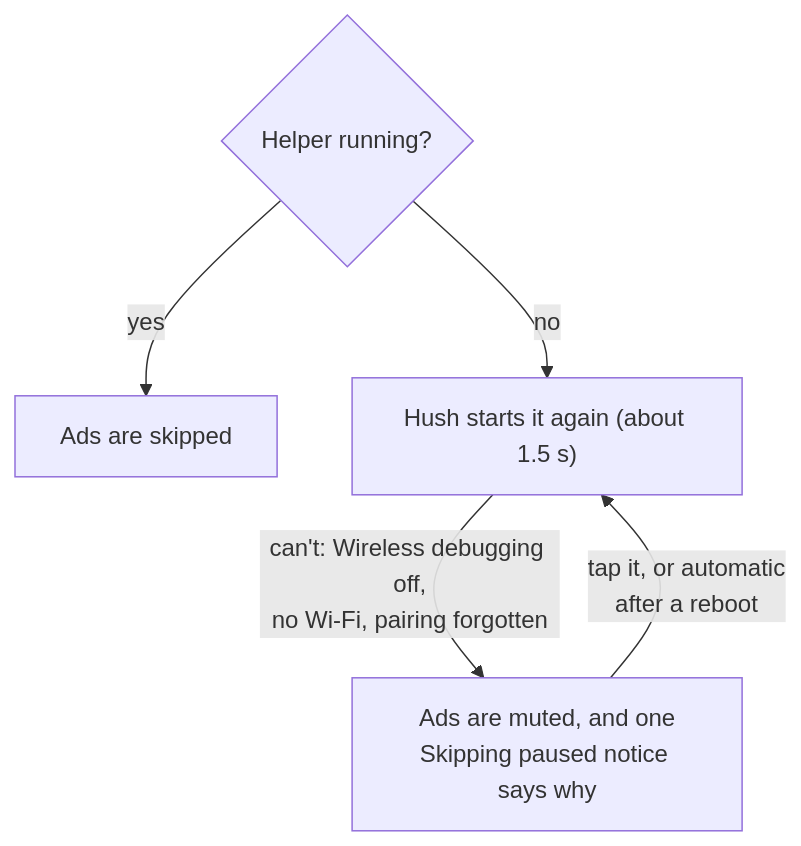
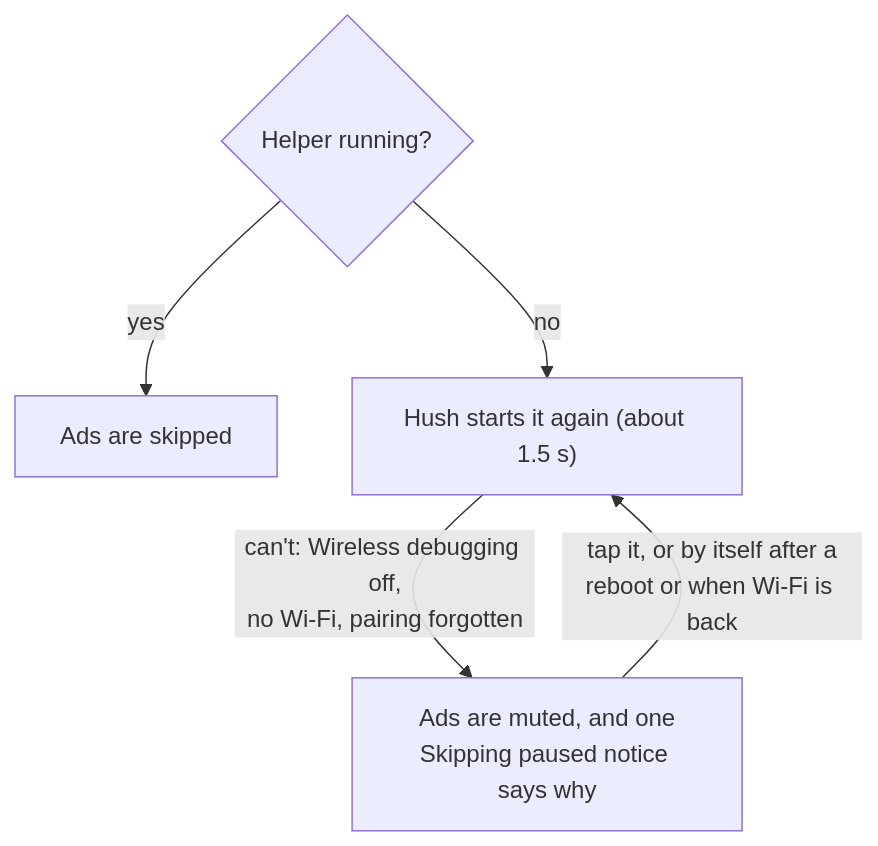
Before and after one commit to coldMEW/Hush: the third of 3 diagrams in README.md, drawn with Mermaid. The commit also changed other lines of this file and 8 other files, not shown here.

Commit message:
Pairing and recovery fixes found in testing: Pair stays usable, retry when Wi-Fi is back, no false re-pair, Settings in its own window; docs (2.0.1)

````diff
--- a/README.md
+++ b/README.md
@@ -81,7 +81,7 @@
 ```mermaid
 flowchart TD
     X{"Helper running?"} -->|yes| S["Ads are skipped"]
     X -->|no| R["Hush starts it again (about 1.5 s)"]
     R -->|"can't: Wireless debugging off,<br/>no Wi-Fi, pairing forgotten"| M["Ads are muted, and one<br/>Skipping paused notice says why"]
-    M -->|"tap it, or automatic<br/>after a reboot"| R
+    M -->|"tap it, or by itself after a<br/>reboot or when Wi-Fi is back"| R
 ```
````
